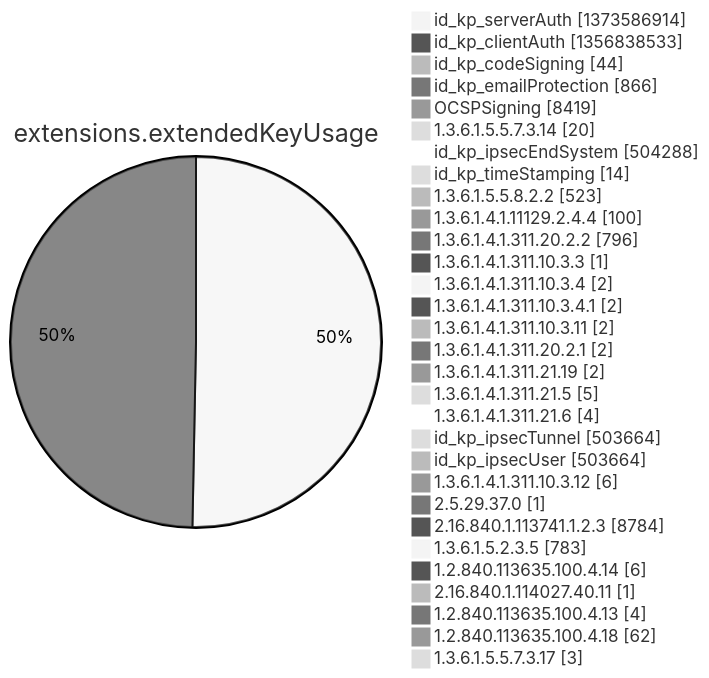
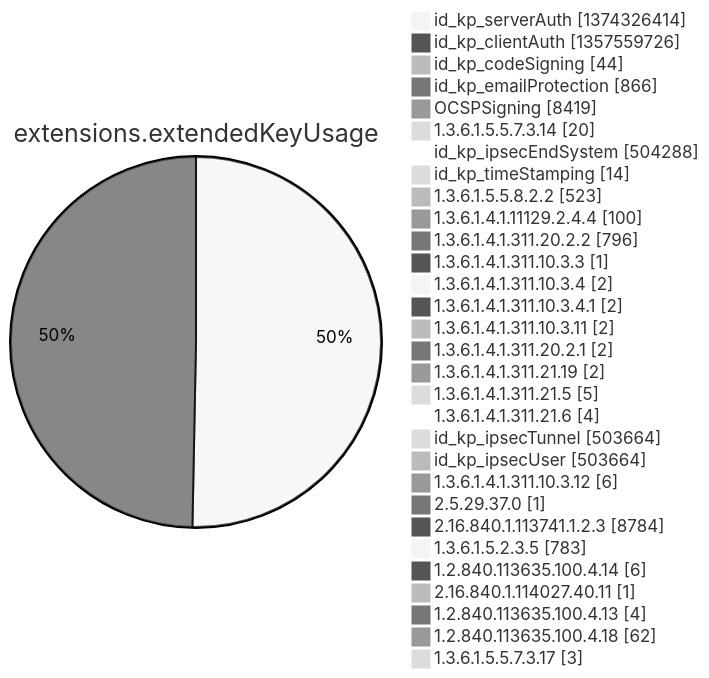
One commit to christiankrug/ctmonitor_visualization changed diagram 12 of 15 in argon2022/README.md. Above: the diagram before and after it, drawn with Mermaid (neutral theme). The commit also changed other lines of this file, not shown here.

````diff
--- a/argon2022/README.md
+++ b/argon2022/README.md
@@ -3553,34 +3553,34 @@
 ```mermaid
 pie showData
 title extensions.extendedKeyUsage
-"id_kp_serverAuth" :1373586914
-"id_kp_clientAuth" :1356838533
+"id_kp_serverAuth" :1374326414
+"id_kp_clientAuth" :1357559726
 "id_kp_codeSigning" :44
 "id_kp_emailProtection" :866
 "OCSPSigning" :8419
 "1.3.6.1.5.5.7.3.14" :20
 "id_kp_ipsecEndSystem" :504288
 "id_kp_timeStamping" :14
 "1.3.6.1.5.5.8.2.2" :523
 "1.3.6.1.4.1.11129.2.4.4" :100
 "1.3.6.1.4.1.311.20.2.2" :796
 "1.3.6.1.4.1.311.10.3.3" :1
 "1.3.6.1.4.1.311.10.3.4" :2
 "1.3.6.1.4.1.311.10.3.4.1" :2
 "1.3.6.1.4.1.311.10.3.11" :2
 "1.3.6.1.4.1.311.20.2.1" :2
 "1.3.6.1.4.1.311.21.19" :2
 "1.3.6.1.4.1.311.21.5" :5
 "1.3.6.1.4.1.311.21.6" :4
 "id_kp_ipsecTunnel" :503664
 "id_kp_ipsecUser" :503664
 "1.3.6.1.4.1.311.10.3.12" :6
 "2.5.29.37.0" :1
 "2.16.840.1.113741.1.2.3" :8784
 "1.3.6.1.5.2.3.5" :783
 "1.2.840.113635.100.4.14" :6
 "2.16.840.1.114027.40.11" :1
 "1.2.840.113635.100.4.13" :4
 "1.2.840.113635.100.4.18" :62
 "1.3.6.1.5.5.7.3.17" :3
 ```
````
